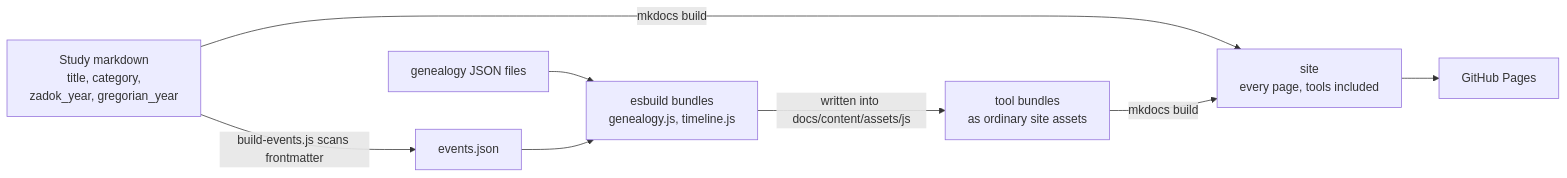
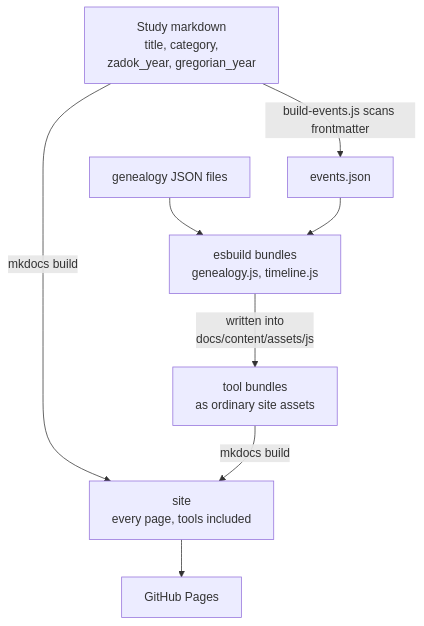
Before and after one commit to ding0t/bible_studies: the first of 2 diagrams in docs/content/resources/site-architecture.md, drawn with Mermaid. The commit also changed other lines of this file and 8 other files, not shown here.

````diff
--- a/docs/content/resources/site-architecture.md
+++ b/docs/content/resources/site-architecture.md
@@ -24,13 +24,13 @@
 ```mermaid
-flowchart LR
+flowchart TD
     content["Study markdown<br/>title, category,<br/>zadok_year, gregorian_year"]
 
     content -->|build-events.js scans frontmatter| events["events.json"]
     genjson["genealogy JSON files"] --> bundles
     events --> bundles["esbuild bundles<br/>genealogy.js, timeline.js"]
-    bundles -->|written into docs/content/assets/js| assets["tool bundles<br/>as ordinary site assets"]
+    bundles -->|written into<br/>docs/content/assets/js| assets["tool bundles<br/>as ordinary site assets"]
 
     content -->|mkdocs build| site["site<br/>every page, tools included"]
     assets -->|mkdocs build| site
     site --> pages["GitHub Pages"]
 ```
````
